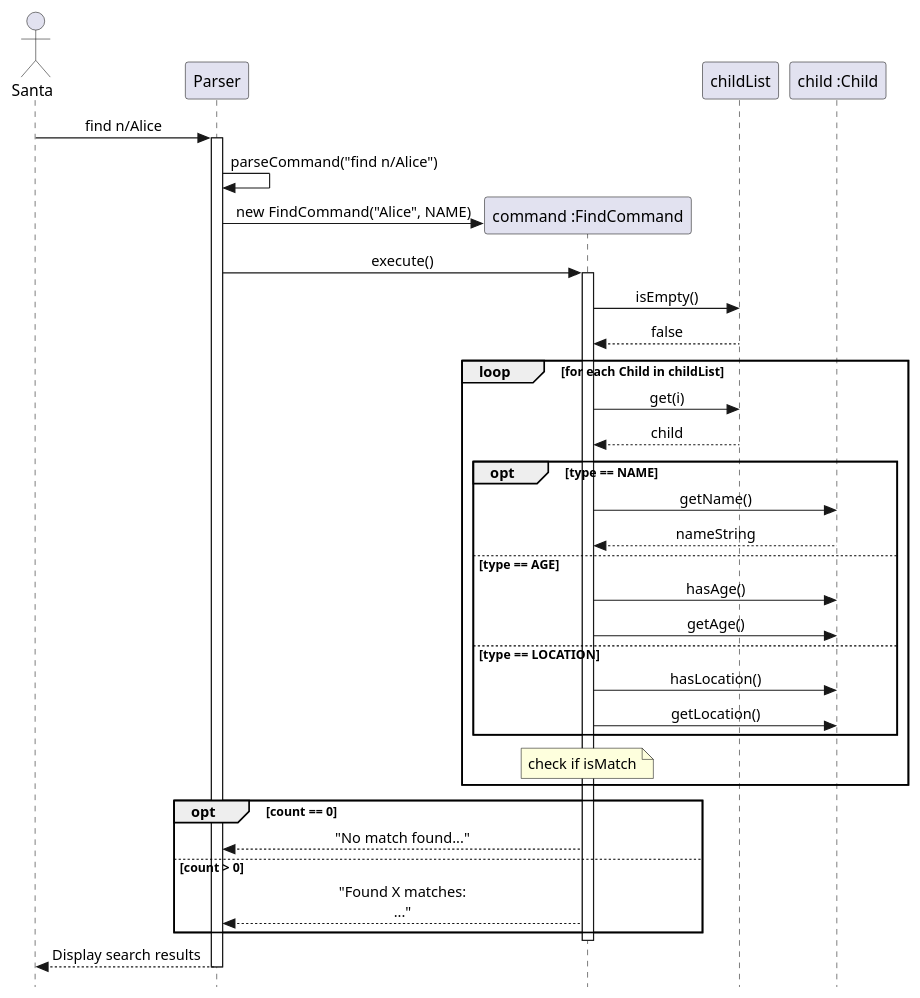
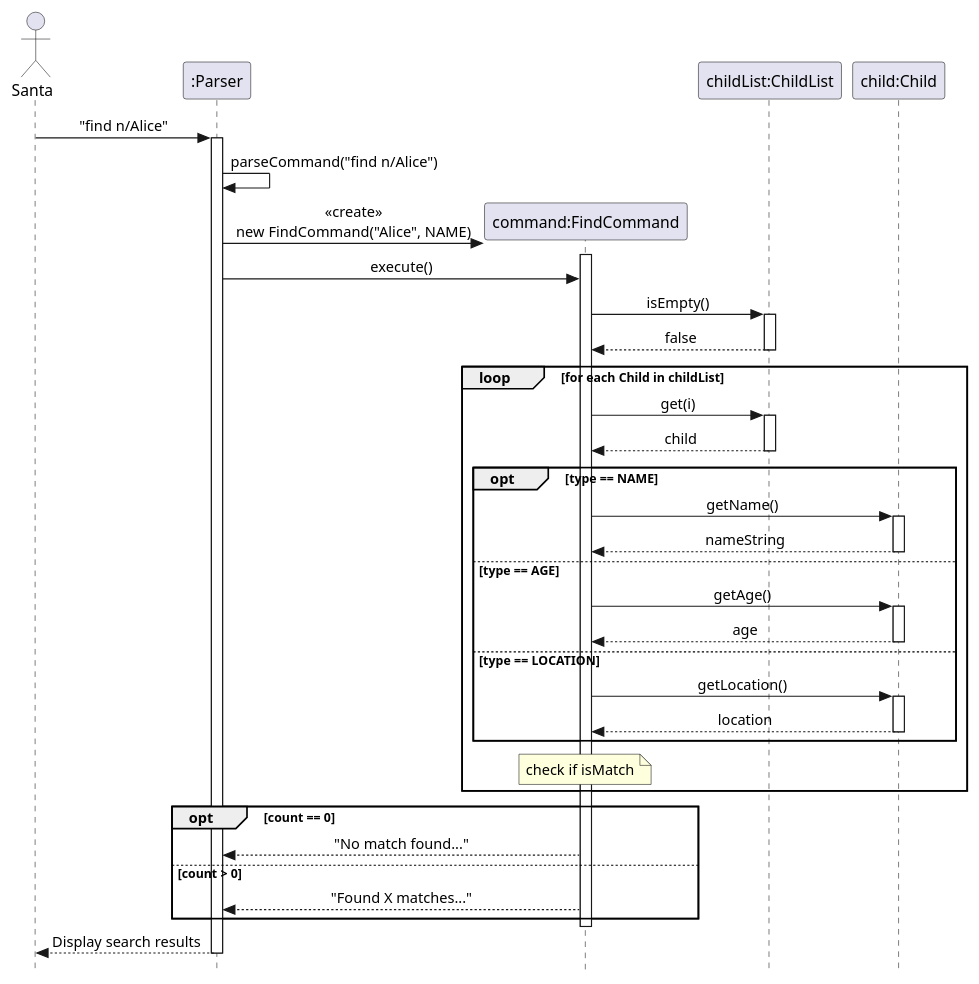
Before and after one commit to shrabasti-c/tp: the diagram in docs/diagrams/FindSequenceDiagram.puml, drawn with PlantUML. The commit also changed 14 other files, not shown here.

```diff
--- a/docs/diagrams/FindSequenceDiagram.puml
+++ b/docs/diagrams/FindSequenceDiagram.puml
@@ -1,52 +1,64 @@
 @startuml
 skinparam Style strictuml
 skinparam SequenceMessageAlignment center
 
-actor Santa
-participant "Parser" as Parser
-participant "command :FindCommand" as FindCommand
-participant "childList" as childList
-participant "child :Child" as Child
+actor "Santa" as Santa
+participant ":Parser" as Parser
+participant "command:FindCommand" as FindCommand
+participant "childList:ChildList" as childList
+participant "child:Child" as Child
 
-Santa -> Parser : find n/Alice
+Santa -> Parser : "find n/Alice"
 activate Parser
 
 Parser -> Parser : parseCommand("find n/Alice")
+
 create FindCommand
-Parser -> FindCommand : new FindCommand("Alice", NAME)
+Parser -> FindCommand : <<create>>\nnew FindCommand("Alice", NAME)
+activate FindCommand
 
 Parser -> FindCommand : execute()
-activate FindCommand
 
 FindCommand -> childList : isEmpty()
+activate childList
 childList --> FindCommand : false
+deactivate childList
 
 loop for each Child in childList
     FindCommand -> childList : get(i)
+    activate childList
     childList --> FindCommand : child
+    deactivate childList
 
     opt type == NAME
         FindCommand -> Child : getName()
+        activate Child
         Child --> FindCommand : nameString
+        deactivate Child
     else type == AGE
-        FindCommand -> Child : hasAge()
         FindCommand -> Child : getAge()
+        activate Child
+        Child --> FindCommand : age
+        deactivate Child
     else type == LOCATION
-        FindCommand -> Child : hasLocation()
         FindCommand -> Child : getLocation()
+        activate Child
+        Child --> FindCommand : location
+        deactivate Child
     end
 
     note over FindCommand : check if isMatch
 end
 
 opt count == 0
     FindCommand --> Parser : "No match found..."
 else count > 0
-    FindCommand --> Parser : "Found X matches:\n..."
+    FindCommand --> Parser : "Found X matches..."
 end
 
 deactivate FindCommand
+
 Parser --> Santa : Display search results
 deactivate Parser
 
 @enduml
```
